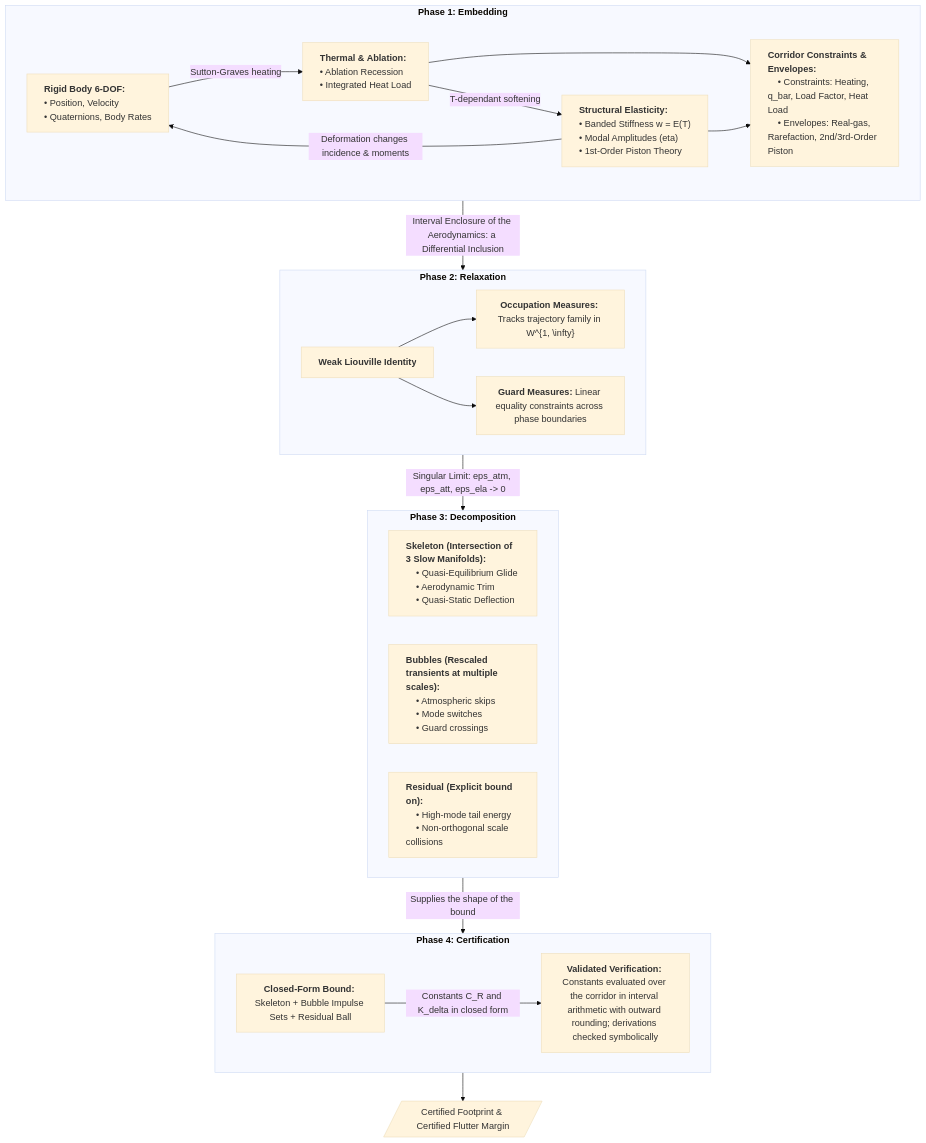
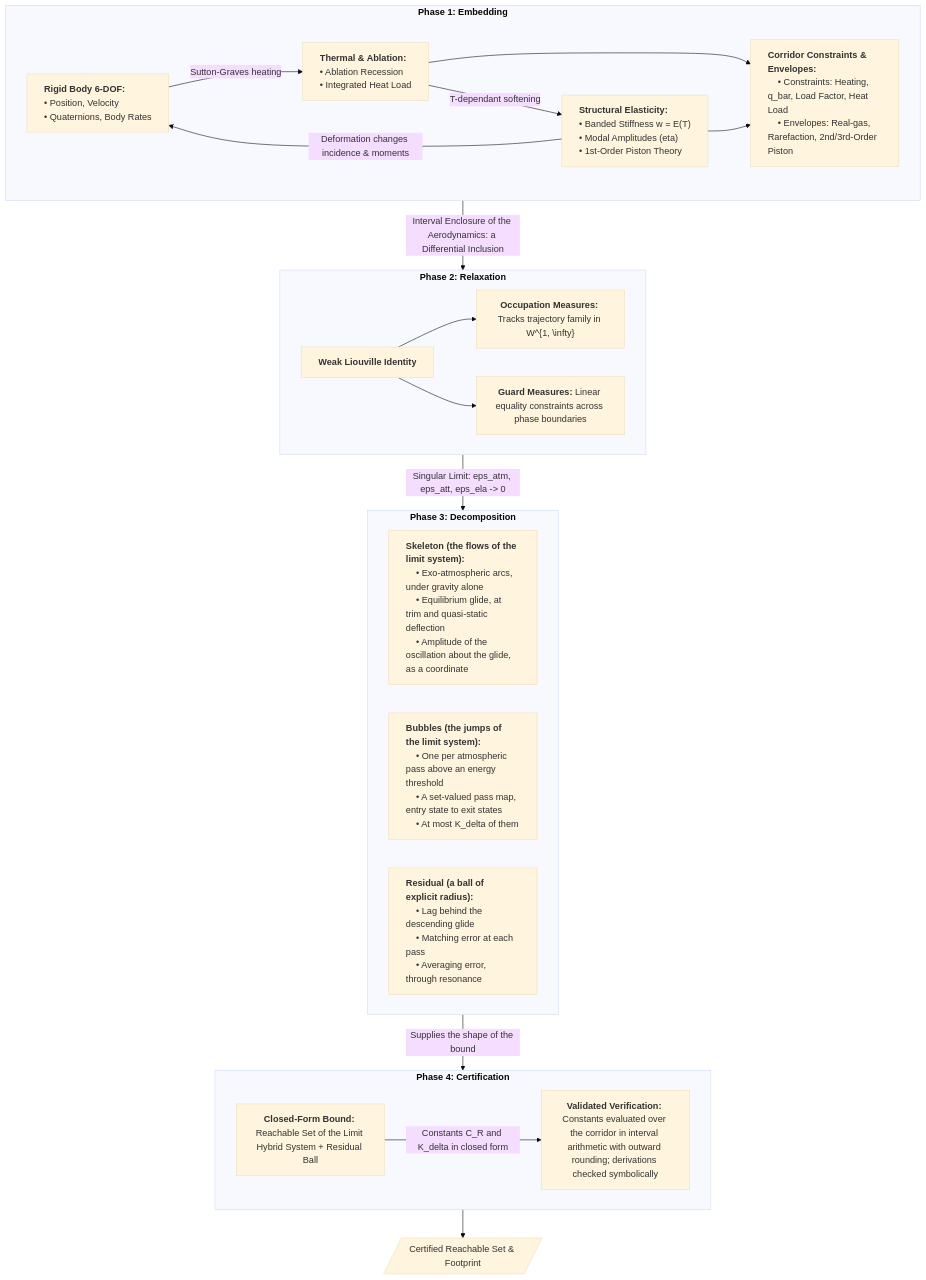
Before and after one commit to ethank5149/aether: the diagram in README.md, drawn with Mermaid (base theme). The commit also changed other lines of this file and 49 other files, not shown here.

````diff
--- a/README.md
+++ b/README.md
@@ -8,66 +8,67 @@
 ```mermaid
 flowchart TD
     subgraph phase1_embedding ["<b>Phase 1: Embedding</b>"]
     direction LR
 
     rigid_body_6-dof["<b>Rigid Body 6-DOF:</b>
     • Position, Velocity
     • Quaternions, Body Rates"]
     style rigid_body_6-dof text-align:left
     thermal_ablation["<b>Thermal & Ablation:</b>
     • Ablation Recession
     • Integrated Heat Load"]
     style thermal_ablation text-align:left
     corridor_constraints_envelopes["<b>Corridor Constraints & Envelopes:</b>
     • Constraints: Heating, q_bar, Load Factor, Heat Load
     • Envelopes: Real-gas, Rarefaction, 2nd/3rd-Order Piston"]
     style corridor_constraints_envelopes text-align:left
     structural_elasticity["<b>Structural Elasticity:</b>
     • Banded Stiffness w = E(T)
     • Modal Amplitudes (eta)
     • 1st-Order Piston Theory"]
     style structural_elasticity text-align:left
     rigid_body_6-dof-- "Sutton-Graves heating" -->thermal_ablation
     thermal_ablation-- "T-dependant softening" -->structural_elasticity
     structural_elasticity-- "Deformation changes incidence & moments" -->rigid_body_6-dof
     thermal_ablation & structural_elasticity-->corridor_constraints_envelopes
     end
 
     subgraph phase2_relaxation ["<b>Phase 2: Relaxation</b>"]
     direction LR
     weak_liouville_identity["<b>Weak Liouville Identity</b>"]
     occupation_measures["<b>Occupation Measures:</b> Tracks trajectory family in W^{1, \infty}"]
     guard_measures[<b>Guard Measures:</b> Linear equality constraints across phase boundaries]
     weak_liouville_identity-->occupation_measures & guard_measures
     end
 
     subgraph phase3_decomposition ["<b>Phase 3: Decomposition</b>"]
     direction LR
-    skeleton["<b>Skeleton (Intersection of 3 Slow Manifolds):</b>
-    • Quasi-Equilibrium Glide
-    • Aerodynamic Trim
-    • Quasi-Static Deflection"]
+    skeleton["<b>Skeleton (the flows of the limit system):</b>
+    • Exo-atmospheric arcs, under gravity alone
+    • Equilibrium glide, at trim and quasi-static deflection
+    • Amplitude of the oscillation about the glide, as a coordinate"]
     style skeleton text-align:left
-    bubbles["<b>Bubbles (Rescaled transients at multiple scales):</b>
-    • Atmospheric skips
-    • Mode switches
-    • Guard crossings"]
+    bubbles["<b>Bubbles (the jumps of the limit system):</b>
+    • One per atmospheric pass above an energy threshold
+    • A set-valued pass map, entry state to exit states
+    • At most K_delta of them"]
     style bubbles text-align:left
-    residual["<b>Residual (Explicit bound on):</b>
-    • High-mode tail energy
-    • Non-orthogonal scale collisions"]
+    residual["<b>Residual (a ball of explicit radius):</b>
+    • Lag behind the descending glide
+    • Matching error at each pass
+    • Averaging error, through resonance"]
     style residual text-align:left
     end
 
     subgraph phase4_certification ["<b>Phase 4: Certification</b>"]
     direction LR
-    closed_form_bound["<b>Closed-Form Bound:</b> Skeleton + Bubble Impulse Sets + Residual Ball"]
+    closed_form_bound["<b>Closed-Form Bound:</b> Reachable Set of the Limit Hybrid System + Residual Ball"]
     validated_verification["<b>Validated Verification:</b> Constants evaluated over the corridor in interval arithmetic with outward rounding; derivations checked symbolically"]
     closed_form_bound-- "Constants C_R and K_delta in closed form" -->validated_verification
     end
 
    phase1_embedding-- "Interval Enclosure of the Aerodynamics: a Differential Inclusion" -->phase2_relaxation
    phase2_relaxation-- "Singular Limit: eps_atm, eps_att, eps_ela -> 0" -->phase3_decomposition
    phase3_decomposition-- "Supplies the shape of the bound" -->phase4_certification
-   phase4_certification-->A@{ shape: lean-r, label: "Certified Footprint & Certified Flutter Margin" }
+   phase4_certification-->A@{ shape: lean-r, label: "Certified Reachable Set & Footprint" }
 ```
````
